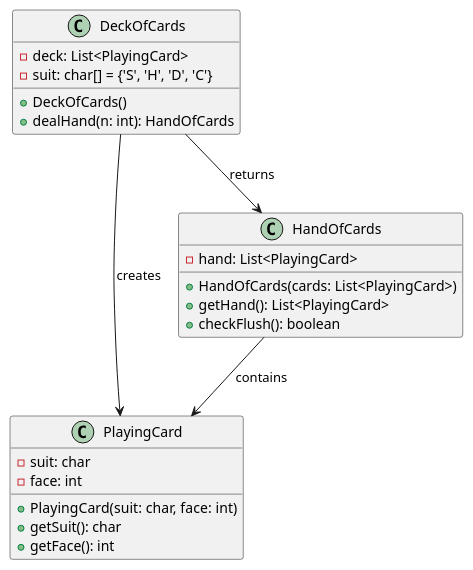
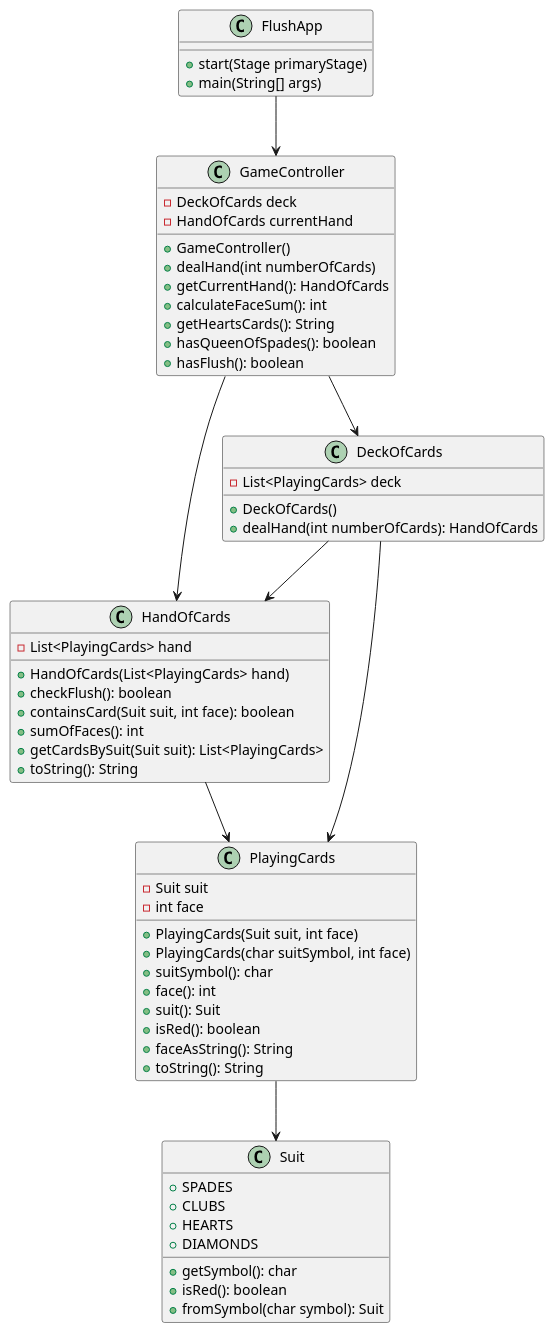
The diagram in Diagrams/ClassDiagram(FirstDraft).puml (sigveer/IDATT2003-Oving5), drawn with PlantUML before and after one commit.

Commit message:
Refactor class diagram to include new game structure and relationships

```diff
--- a/Diagrams/ClassDiagram(FirstDraft).puml
+++ b/Diagrams/ClassDiagram(FirstDraft).puml
@@ -1,27 +1,67 @@
 @startuml
-class PlayingCard {
-  - suit: char
-  - face: int
-  + PlayingCard(suit: char, face: int)
-  + getSuit(): char
-  + getFace(): int
+class FlushApp {
+  + start(Stage primaryStage)
+  + main(String[] args)
+}
+
+class GameController {
+  - DeckOfCards deck
+  - HandOfCards currentHand
+  + GameController()
+  + dealHand(int numberOfCards)
+  + getCurrentHand(): HandOfCards
+  + calculateFaceSum(): int
+  + getHeartsCards(): String
+  + hasQueenOfSpades(): boolean
+  + hasFlush(): boolean
 }
 
 class DeckOfCards {
-  - deck: List<PlayingCard>
-  - suit: char[] = {'S', 'H', 'D', 'C'}
+  - List<PlayingCards> deck
   + DeckOfCards()
-  + dealHand(n: int): HandOfCards
+  + dealHand(int numberOfCards): HandOfCards
 }
 
 class HandOfCards {
-  - hand: List<PlayingCard>
-  + HandOfCards(cards: List<PlayingCard>)
-  + getHand(): List<PlayingCard>
+  - List<PlayingCards> hand
+  + HandOfCards(List<PlayingCards> hand)
   + checkFlush(): boolean
+  + containsCard(Suit suit, int face): boolean
+  + sumOfFaces(): int
+  + getCardsBySuit(Suit suit): List<PlayingCards>
+  + toString(): String
 }
 
-DeckOfCards --> PlayingCard : creates
-DeckOfCards --> HandOfCards : returns
-HandOfCards --> PlayingCard : contains
+class PlayingCards {
+  - Suit suit
+  - int face
+  + PlayingCards(Suit suit, int face)
+  + PlayingCards(char suitSymbol, int face)
+  + suitSymbol(): char
+  + face(): int
+  + suit(): Suit
+  + isRed(): boolean
+  + faceAsString(): String
+  + toString(): String
+}
+
+class Suit {
+  + SPADES
+  + CLUBS
+  + HEARTS
+  + DIAMONDS
+  + getSymbol(): char
+  + isRed(): boolean
+  + fromSymbol(char symbol): Suit
+}
+
+FlushApp --> GameController
+
+GameController --> DeckOfCards
+GameController --> HandOfCards
+DeckOfCards --> PlayingCards
+DeckOfCards --> HandOfCards
+HandOfCards --> PlayingCards
+PlayingCards --> Suit
+
 @enduml
```
